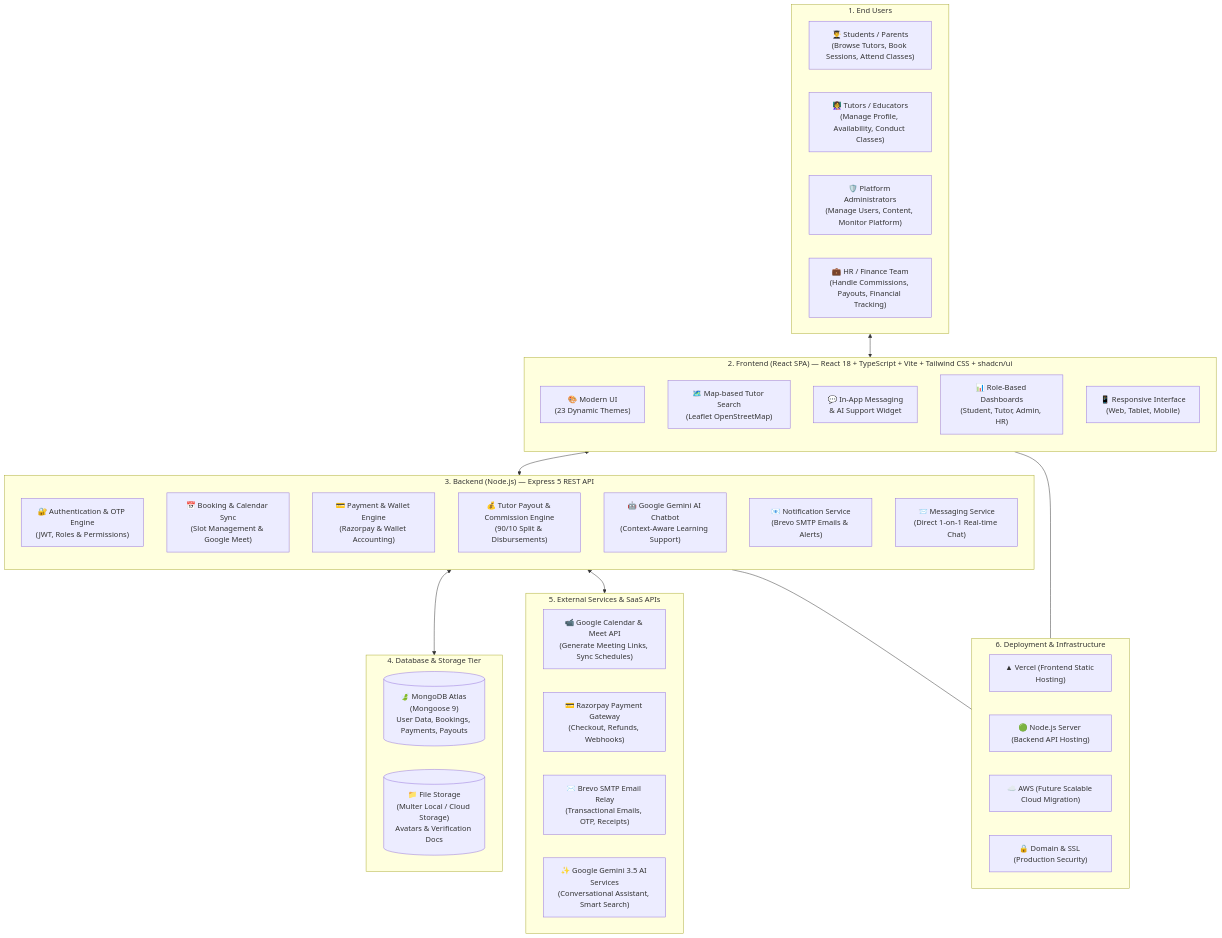
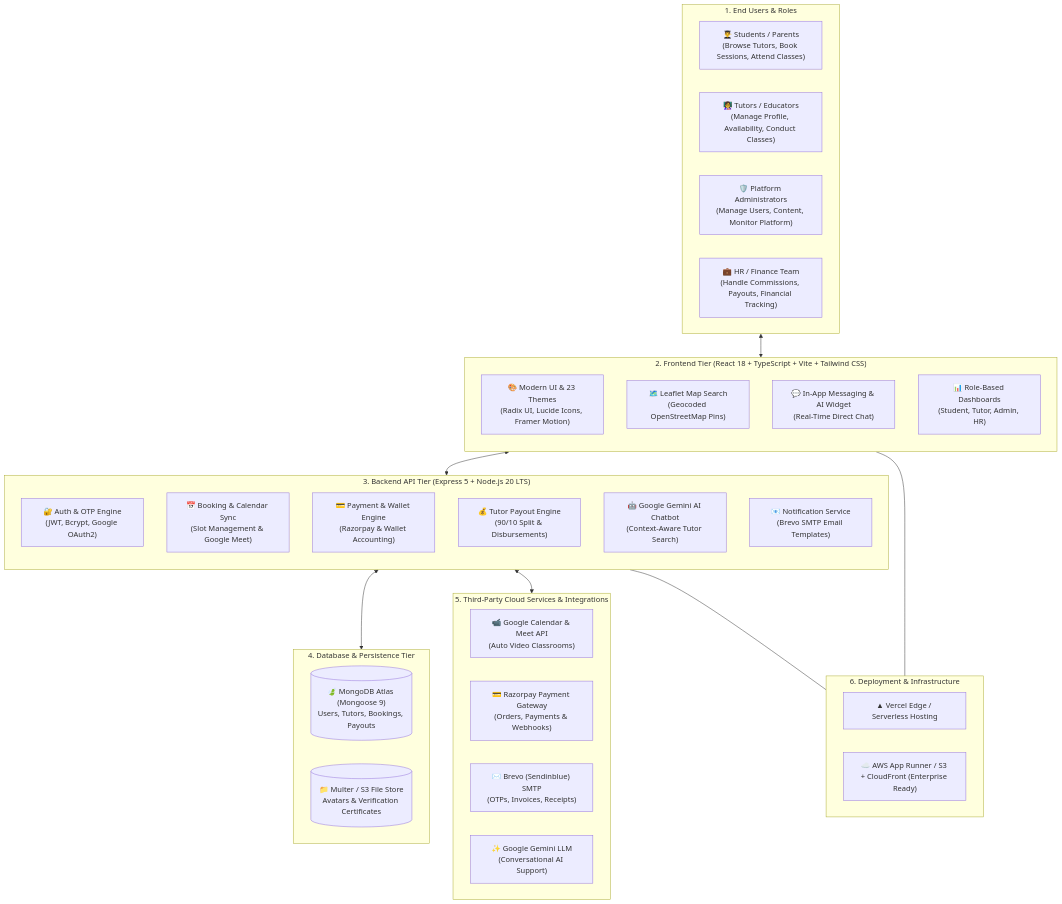
Before and after one commit to sairam0043/teach-grow-guide: the second of 8 diagrams in README.md, drawn with Mermaid. The commit also changed other lines of this file and 6 other files, not shown here.

````diff
--- a/README.md
+++ b/README.md
@@ -145,62 +166,58 @@
 ```mermaid
 flowchart TD
-    %% LAYER 1: END USERS
-    subgraph Layer1["1. End Users"]
+    %% LAYER 1: USERS
+    subgraph Layer1["1. End Users & Roles"]
         U_Student["👨‍🎓 Students / Parents<br/>(Browse Tutors, Book Sessions, Attend Classes)"]
         U_Tutor["👩‍🏫 Tutors / Educators<br/>(Manage Profile, Availability, Conduct Classes)"]
         U_Admin["🛡️ Platform Administrators<br/>(Manage Users, Content, Monitor Platform)"]
         U_HR["💼 HR / Finance Team<br/>(Handle Commissions, Payouts, Financial Tracking)"]
     end
 
-    %% LAYER 2: FRONTEND TIER
-    subgraph Layer2["2. Frontend (React SPA) — React 18 + TypeScript + Vite + Tailwind CSS + shadcn/ui"]
+    %% LAYER 2: FRONTEND SPA
+    subgraph Layer2["2. Frontend Tier (React 18 + TypeScript + Vite + Tailwind CSS)"]
         direction TB
-        F_UI["🎨 Modern UI<br/>(23 Dynamic Themes)"]
-        F_Map["🗺️ Map-based Tutor Search<br/>(Leaflet OpenStreetMap)"]
-        F_Chat["💬 In-App Messaging<br/>& AI Support Widget"]
+        F_UI["🎨 Modern UI & 23 Themes<br/>(Radix UI, Lucide Icons, Framer Motion)"]
+        F_Map["🗺️ Leaflet Map Search<br/>(Geocoded OpenStreetMap Pins)"]
+        F_Chat["💬 In-App Messaging & AI Widget<br/>(Real-Time Direct Chat)"]
         F_Dash["📊 Role-Based Dashboards<br/>(Student, Tutor, Admin, HR)"]
-        F_Resp["📱 Responsive Interface<br/>(Web, Tablet, Mobile)"]
     end
 
-    %% LAYER 3: BACKEND TIER
-    subgraph Layer3["3. Backend (Node.js) — Express 5 REST API"]
+    %% LAYER 3: BACKEND API
+    subgraph Layer3["3. Backend API Tier (Express 5 + Node.js 20 LTS)"]
         direction TB
-        B_Auth["🔐 Authentication & OTP Engine<br/>(JWT, Roles & Permissions)"]
+        B_Auth["🔐 Auth & OTP Engine<br/>(JWT, Bcrypt, Google OAuth2)"]
         B_Book["📅 Booking & Calendar Sync<br/>(Slot Management & Google Meet)"]
         B_Pay["💳 Payment & Wallet Engine<br/>(Razorpay & Wallet Accounting)"]
-        B_Payout["💰 Tutor Payout & Commission Engine<br/>(90/10 Split & Disbursements)"]
-        B_AI["🤖 Google Gemini AI Chatbot<br/>(Context-Aware Learning Support)"]
-        B_Notify["📧 Notification Service<br/>(Brevo SMTP Emails & Alerts)"]
-        B_Msg["📨 Messaging Service<br/>(Direct 1-on-1 Real-time Chat)"]
+        B_Payout["💰 Tutor Payout Engine<br/>(90/10 Split & Disbursements)"]
+        B_AI["🤖 Google Gemini AI Chatbot<br/>(Context-Aware Tutor Search)"]
+        B_Notify["📧 Notification Service<br/>(Brevo SMTP Email Templates)"]
     end
 
     %% LAYER 4: DATABASE & STORAGE
-    subgraph Layer4["4. Database & Storage Tier"]
-        DB_Mongo[("🍃 MongoDB Atlas (Mongoose 9)<br/>User Data, Bookings, Payments, Payouts")]
-        DB_Files[("📁 File Storage<br/>(Multer Local / Cloud Storage)<br/>Avatars & Verification Docs")]
+    subgraph Layer4["4. Database & Persistence Tier"]
+        DB_Mongo[("🍃 MongoDB Atlas (Mongoose 9)<br/>Users, Tutors, Bookings, Payouts")]
+        DB_Files[("📁 Multer / S3 File Store<br/>Avatars & Verification Certificates")]
     end
 
     %% LAYER 5: EXTERNAL SERVICES
-    subgraph Layer5["5. External Services & SaaS APIs"]
-        Ext_GMeet["📹 Google Calendar & Meet API<br/>(Generate Meeting Links, Sync Schedules)"]
-        Ext_Razorpay["💳 Razorpay Payment Gateway<br/>(Checkout, Refunds, Webhooks)"]
-        Ext_Brevo["✉️ Brevo SMTP Email Relay<br/>(Transactional Emails, OTP, Receipts)"]
-        Ext_Gemini["✨ Google Gemini 3.5 AI Services<br/>(Conversational Assistant, Smart Search)"]
+    subgraph Layer5["5. Third-Party Cloud Services & Integrations"]
+        Ext_GMeet["📹 Google Calendar & Meet API<br/>(Auto Video Classrooms)"]
+        Ext_Razorpay["💳 Razorpay Payment Gateway<br/>(Orders, Payments & Webhooks)"]
+        Ext_Brevo["✉️ Brevo (Sendinblue) SMTP<br/>(OTPs, Invoices, Receipts)"]
+        Ext_Gemini["✨ Google Gemini LLM<br/>(Conversational AI Support)"]
     end
 
-    %% LAYER 6: DEPLOYMENT & INFRASTRUCTURE
+    %% LAYER 6: HOSTING & INFRASTRUCTURE
     subgraph Layer6["6. Deployment & Infrastructure"]
-        Dep_Vercel["▲ Vercel (Frontend Static Hosting)"]
-        Dep_Node["🟢 Node.js Server (Backend API Hosting)"]
-        Dep_AWS["☁️ AWS (Future Scalable Cloud Migration)"]
-        Dep_SSL["🔒 Domain & SSL (Production Security)"]
+        Dep_Vercel["▲ Vercel Edge / Serverless Hosting"]
+        Dep_AWS["☁️ AWS App Runner / S3 + CloudFront (Enterprise Ready)"]
     end
 
-    %% INTER-LAYER CONNECTIVITY
+    %% CONNECTIVITY
     Layer1 <--> Layer2
     Layer2 <--> Layer3
     Layer3 <--> Layer4
     Layer3 <--> Layer5
     Layer2 --- Layer6
     Layer3 --- Layer6
 ```
````
